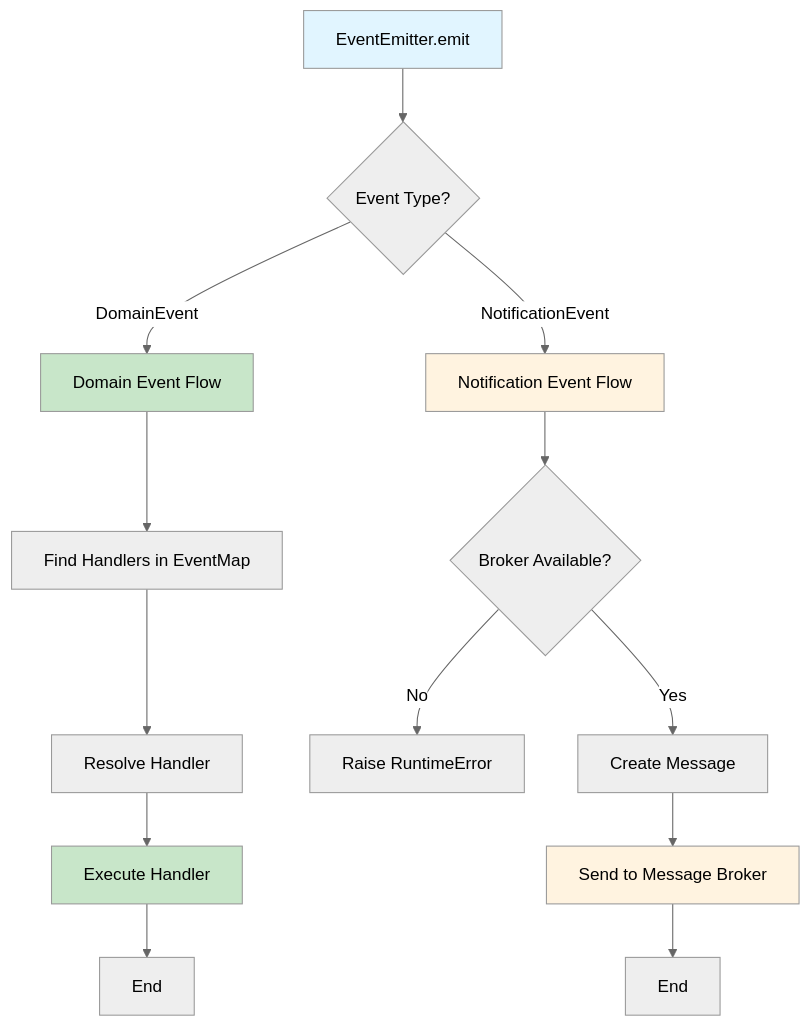
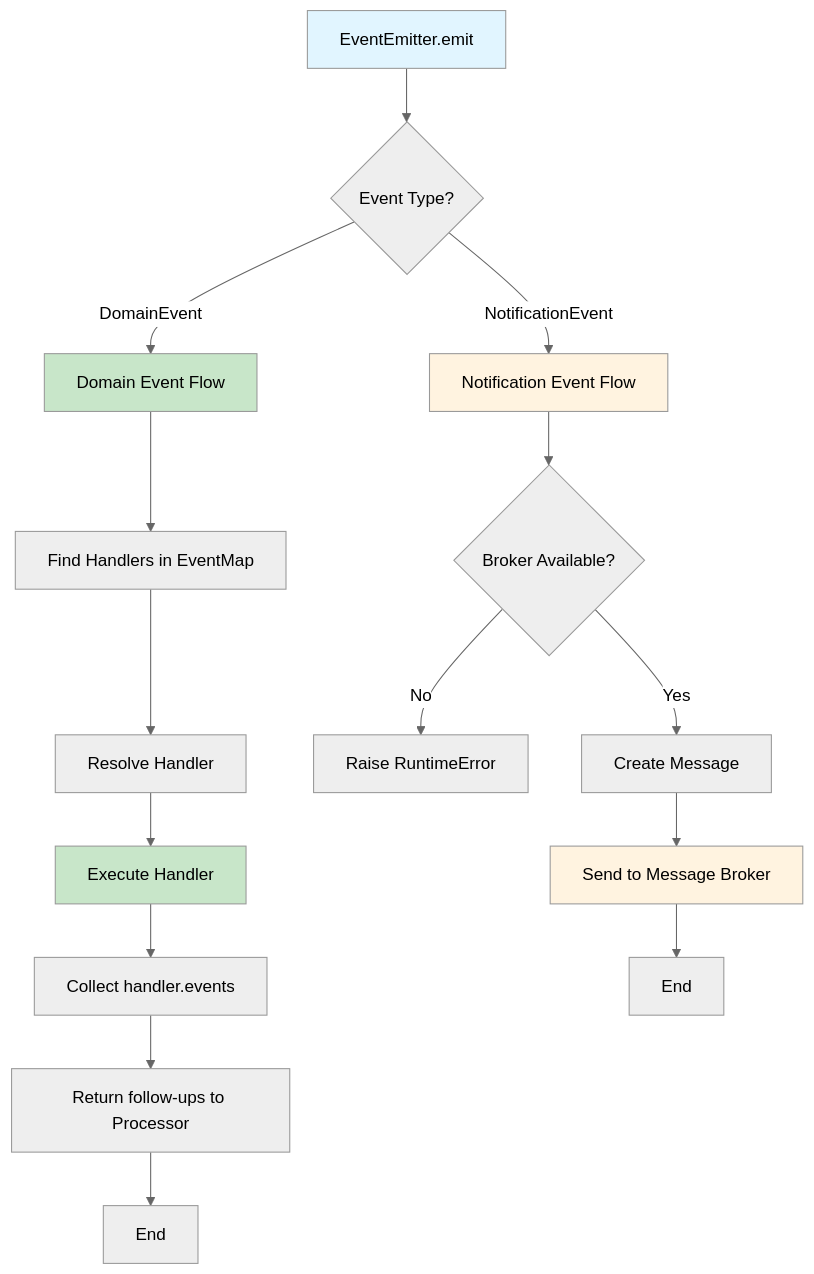
One commit to vadikko2/python-cqrs-mkdocs changed the second of 2 diagrams in docs/event_handler/runtime_processing.md. Above: the diagram before and after it, drawn with Mermaid (neutral theme). The commit also changed other lines of this file and 7 other files, not shown here.

````diff
--- a/docs/event_handler/runtime_processing.md
+++ b/docs/event_handler/runtime_processing.md
@@ -100,24 +107,26 @@
 ```mermaid
 graph TD
     Start[EventEmitter.emit] --> CheckType{Event Type?}
     
     CheckType -->|DomainEvent| DomainFlow[Domain Event Flow]
     CheckType -->|NotificationEvent| NotificationFlow[Notification Event Flow]
     
     DomainFlow --> FindHandlers[Find Handlers in EventMap]
     FindHandlers --> ResolveHandler[Resolve Handler]
     ResolveHandler --> ExecuteHandler[Execute Handler]
-    ExecuteHandler --> End1[End]
+    ExecuteHandler --> CollectFollowUps[Collect handler.events]
+    CollectFollowUps --> ReturnFollowUps[Return follow-ups to Processor]
+    ReturnFollowUps --> End1[End]
     
     NotificationFlow --> CheckBroker{Broker Available?}
     CheckBroker -->|No| Error[Raise RuntimeError]
     CheckBroker -->|Yes| CreateMessage[Create Message]
     CreateMessage --> SendBroker[Send to Message Broker]
     SendBroker --> End2[End]
     
     style Start fill:#e1f5ff
     style DomainFlow fill:#c8e6c9
     style NotificationFlow fill:#fff3e0
     style ExecuteHandler fill:#c8e6c9
     style SendBroker fill:#fff3e0
 ```
````
